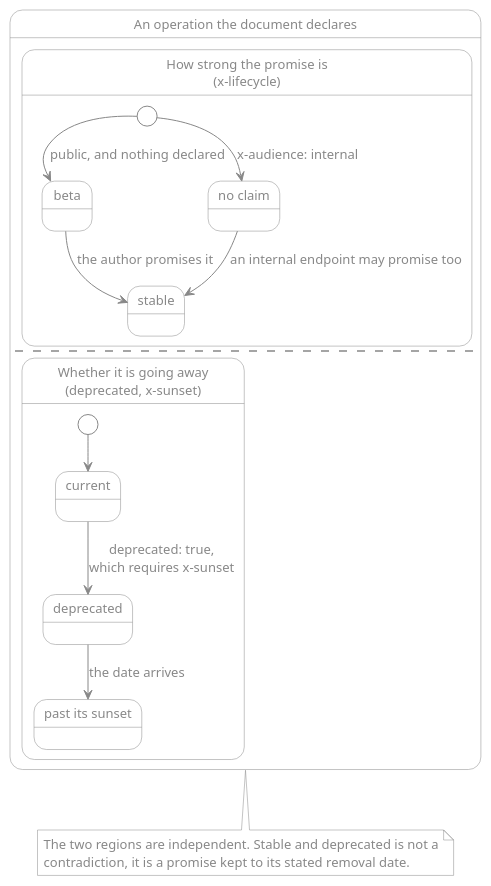
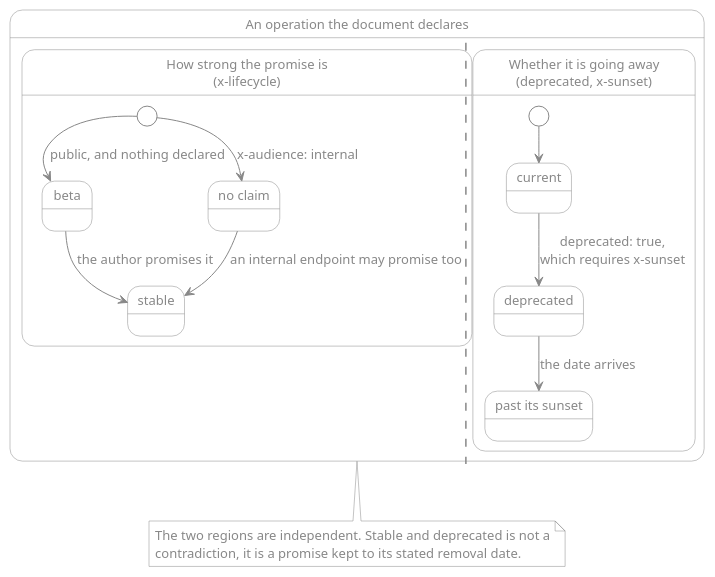
The diagram in docs/diagrams/operation-lifecycle.puml (Gcob/lara-spec-first), drawn with PlantUML before and after one commit. The commit also changed 7 other files, not shown here.

```diff
--- a/docs/diagrams/operation-lifecycle.puml
+++ b/docs/diagrams/operation-lifecycle.puml
@@ -1,66 +1,71 @@
 @startuml
 ' Rendered by scripts/build-diagrams.sh. Edit this file, never the SVG beside it.
 '
 ' One neutral grey on a transparent background, so a single SVG stays legible on
 ' the light theme and the dark one. Nothing here picks a palette, which is what
 ' lets the site own its own colors.
 <style>
 document {
   BackgroundColor transparent
 }
 stateDiagram {
   BackgroundColor transparent
   LineColor #888888
   FontColor #888888
   FontName Helvetica
   FontSize 13
 
   state {
     BackgroundColor transparent
     LineColor #888888
     FontColor #888888
   }
   note {
     BackgroundColor transparent
     LineColor #888888
     FontColor #888888
   }
   arrow {
     LineColor #888888
     FontColor #888888
   }
   diamond {
     BackgroundColor #888888
     LineColor #888888
   }
 }
 </style>
 skinparam shadowing false
 
 ' Two regions rather than one chain, because the two keys are independent: an
 ' operation is stable AND deprecated in the normal, well-behaved case.
+'
+' Separated by "||" and not "--". PlantUML's "--" draws a horizontal rule, which
+' stacks the regions one above the other; "||" draws a vertical one and puts them
+' side by side, which is the shape the prose argues for and the only one that
+' shows the two tracks running in parallel rather than in sequence.
 state "An operation the document declares" as Operation {
 
   state "How strong the promise is\n(x-lifecycle)" as Promise {
     [*] --> beta : public, and nothing declared
     [*] --> no_claim : x-audience: internal
     beta --> stable : the author promises it
     no_claim --> stable : an internal endpoint may promise too
     state "no claim" as no_claim
   }
 
-  --
+  ||
 
   state "Whether it is going away\n(deprecated, x-sunset)" as Removal {
     [*] --> current
     current --> deprecated : deprecated: true,\nwhich requires x-sunset
     deprecated --> past_sunset : the date arrives
     state "past its sunset" as past_sunset
   }
 }
 
 note bottom of Operation
   The two regions are independent. Stable and deprecated is not a
   contradiction, it is a promise kept to its stated removal date.
 end note
 @enduml
```
